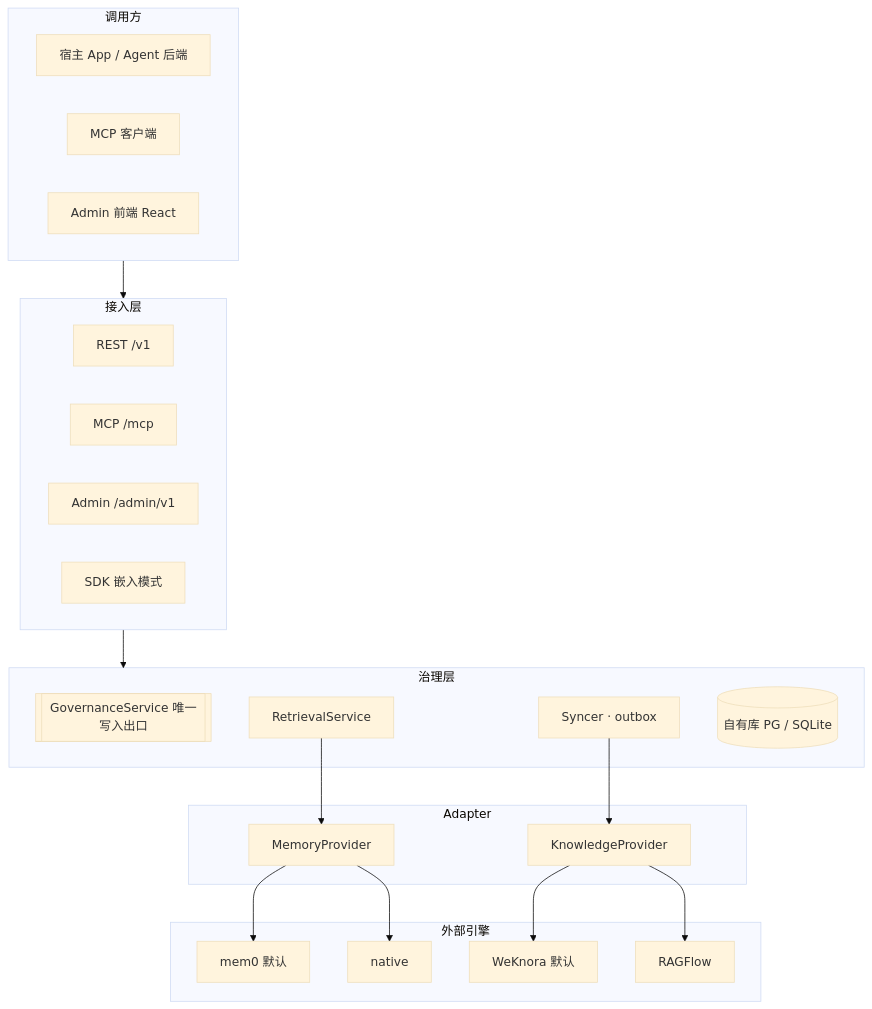
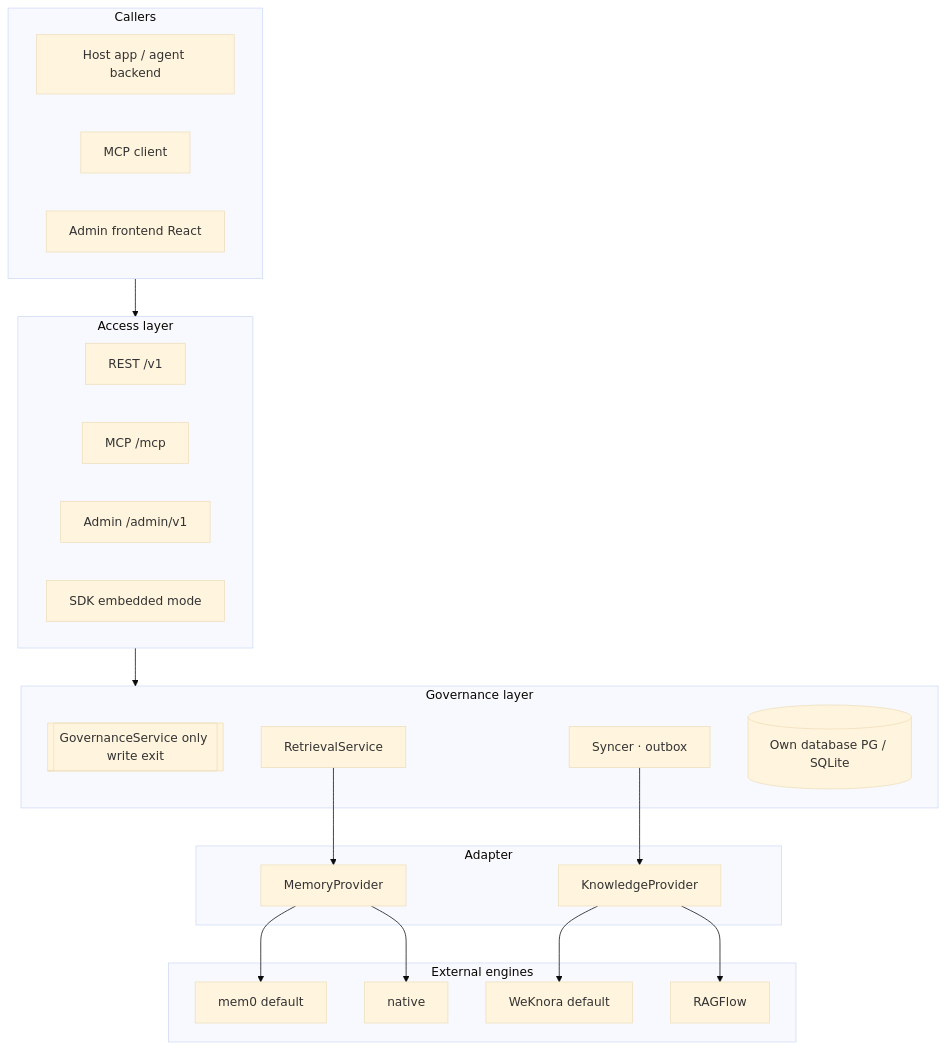
Before and after one commit to ArthurGao/llm-steward: the first of 2 diagrams in docs/llm-steward-design.md, drawn with Mermaid (base theme). The commit also changed other lines of this file and 2 other files, not shown here.

````diff
--- a/docs/llm-steward-design.md
+++ b/docs/llm-steward-design.md
@@ -120,25 +120,25 @@
 ```mermaid
 flowchart TB
-  subgraph Callers[调用方]
-    A1[宿主 App / Agent 后端]; A2[MCP 客户端]; A3[Admin 前端 React]
+  subgraph Callers[Callers]
+    A1[Host app / agent backend]; A2[MCP client]; A3[Admin frontend React]
   end
-  subgraph Access[接入层]
-    B1[REST /v1]; B2[MCP /mcp]; B3[Admin /admin/v1]; B4[SDK 嵌入模式]
+  subgraph Access[Access layer]
+    B1[REST /v1]; B2[MCP /mcp]; B3[Admin /admin/v1]; B4[SDK embedded mode]
   end
-  subgraph Gov[治理层]
-    C1[[GovernanceService 唯一写入出口]]; C2[RetrievalService]; C3[Syncer · outbox]; C4[(自有库 PG / SQLite)]
+  subgraph Gov[Governance layer]
+    C1[[GovernanceService only write exit]]; C2[RetrievalService]; C3[Syncer · outbox]; C4[(Own database PG / SQLite)]
   end
   subgraph Adapters[Adapter]
     D1[MemoryProvider]; D2[KnowledgeProvider]
   end
-  subgraph Engines[外部引擎]
-    E1[mem0 默认]; E2[native]; E3[WeKnora 默认]; E4[RAGFlow]
+  subgraph Engines[External engines]
+    E1[mem0 default]; E2[native]; E3[WeKnora default]; E4[RAGFlow]
   end
   Callers --> Access --> Gov
   C2 --> D1
   C3 --> D2
   D1 --> E1
   D1 --> E2
   D2 --> E3
   D2 --> E4
 ```
````
